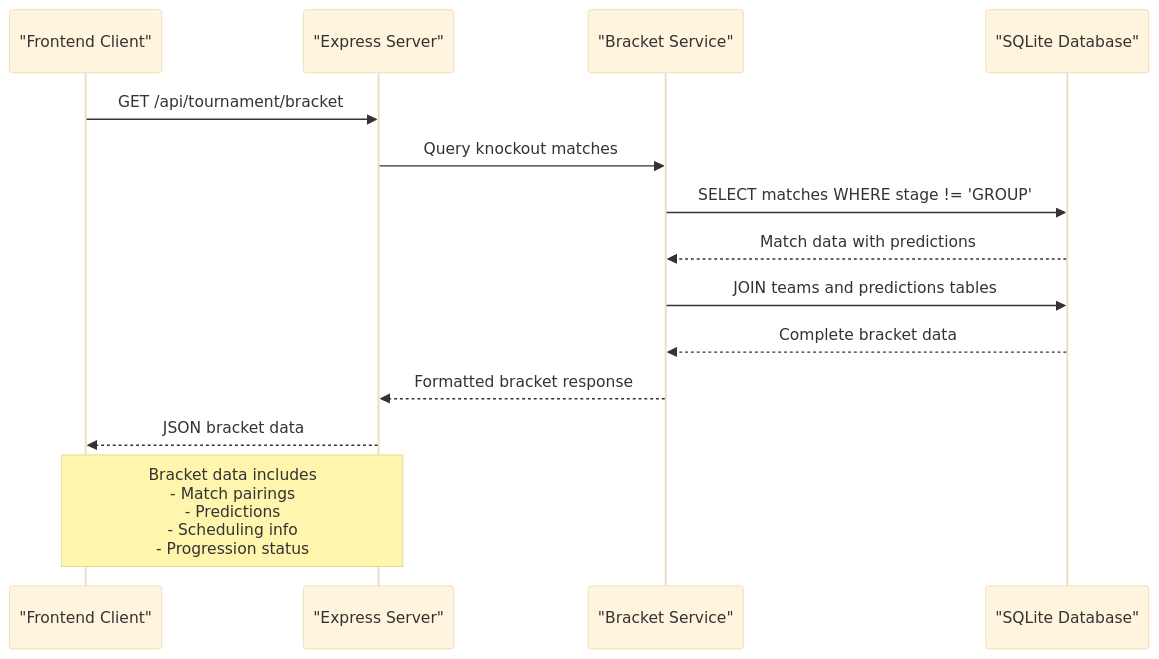
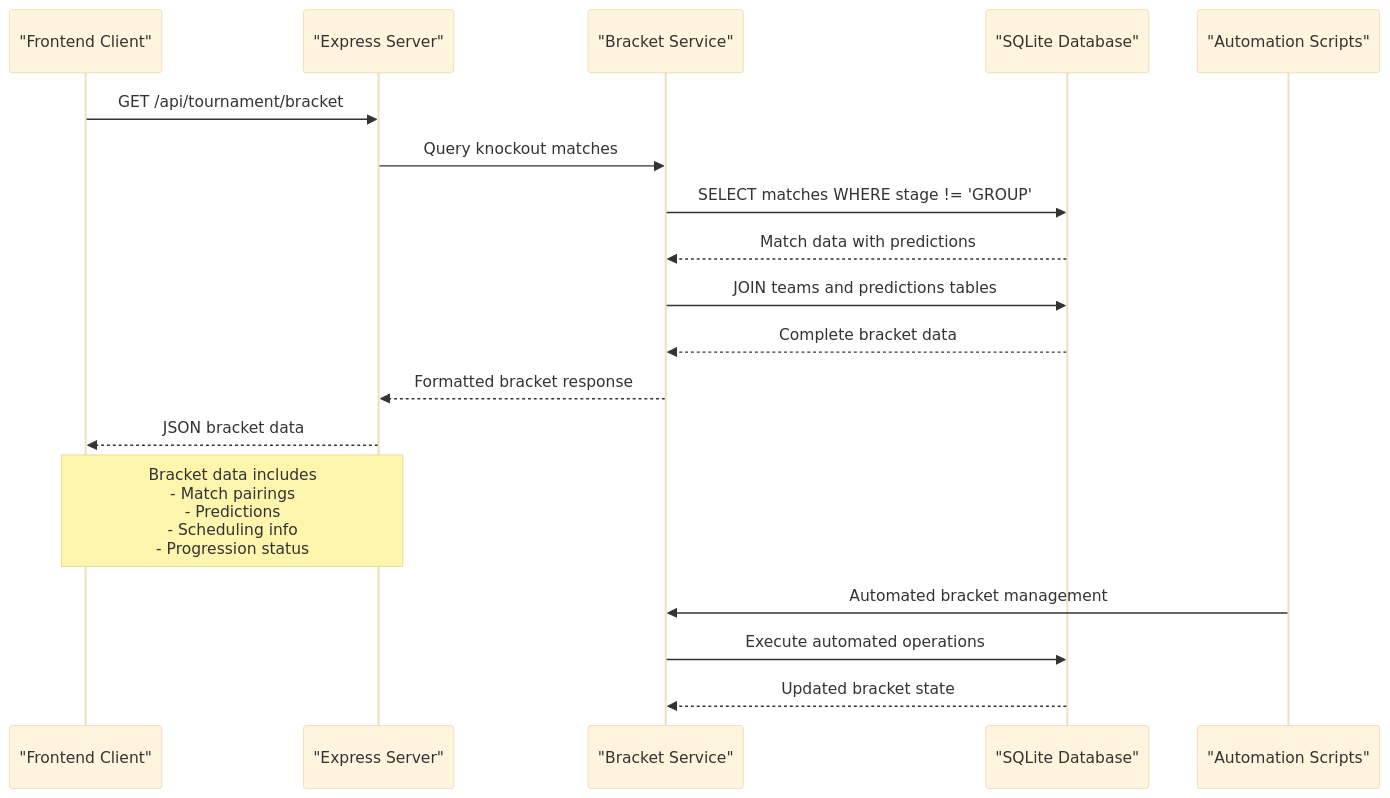
The fourth of 12 diagrams in .qoder/repowiki/en/content/API Reference/Tournament API/Knockout Bracket Management.md (cheesiong/WC26-qwen), drawn with Mermaid (base theme) before and after one commit. The commit also changed other lines of this file and 49 other files, not shown here.

````diff
--- a/.qoder/repowiki/en/content/API Reference/Tournament API/Knockout Bracket Management.md
+++ b/.qoder/repowiki/en/content/API Reference/Tournament API/Knockout Bracket Management.md
@@ -204,16 +238,20 @@
 ```mermaid
 sequenceDiagram
 participant Client as "Frontend Client"
 participant Server as "Express Server"
 participant Bracket as "Bracket Service"
 participant DB as "SQLite Database"
+participant Scripts as "Automation Scripts"
 Client->>Server : GET /api/tournament/bracket
 Server->>Bracket : Query knockout matches
 Bracket->>DB : SELECT matches WHERE stage != 'GROUP'
 DB-->>Bracket : Match data with predictions
 Bracket->>DB : JOIN teams and predictions tables
 DB-->>Bracket : Complete bracket data
 Bracket-->>Server : Formatted bracket response
 Server-->>Client : JSON bracket data
 Note over Client,Server : Bracket data includes<br/>- Match pairings<br/>- Predictions<br/>- Scheduling info<br/>- Progression status
+Scripts->>Bracket : Automated bracket management
+Bracket->>DB : Execute automated operations
+DB-->>Bracket : Updated bracket state
 ```
````
